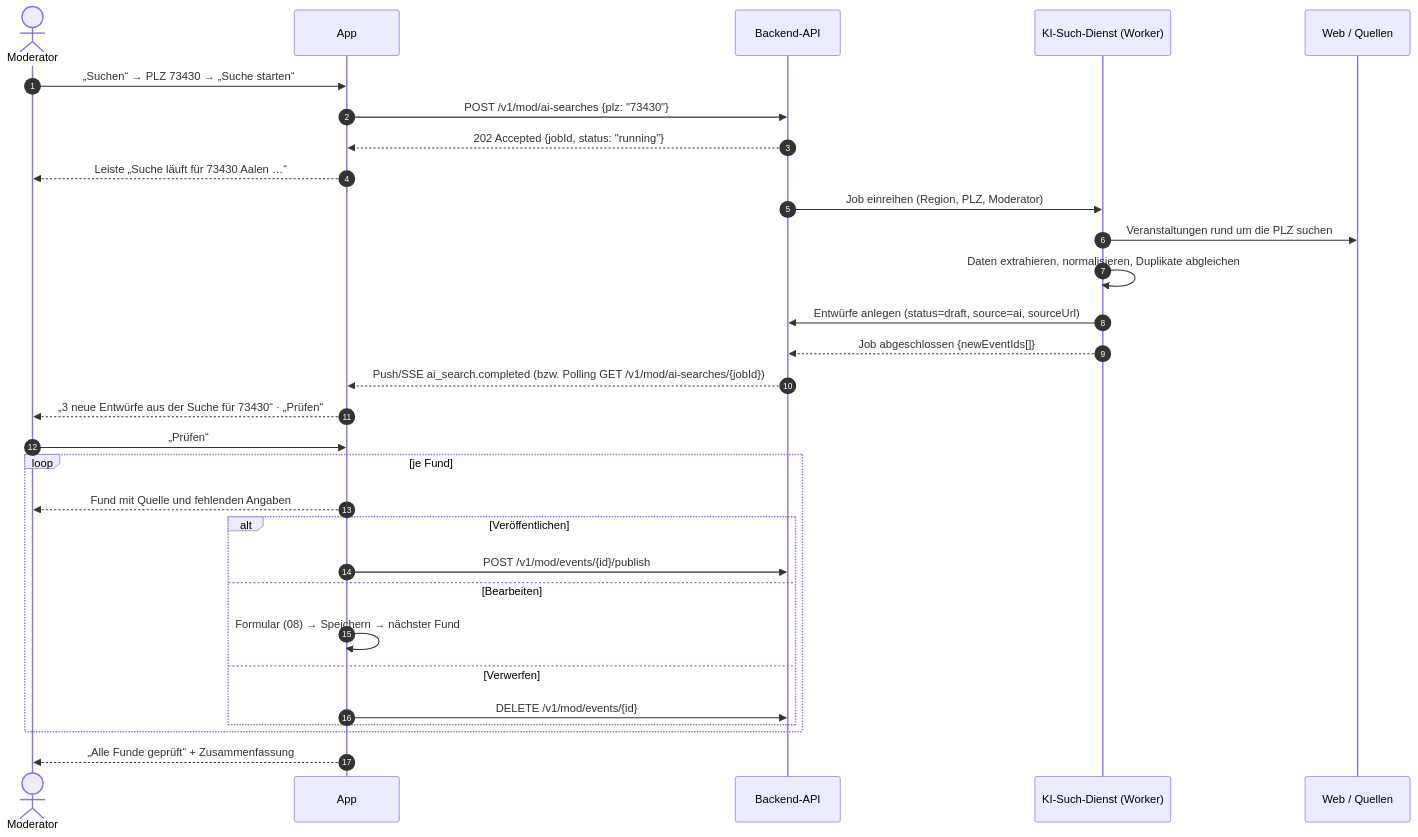
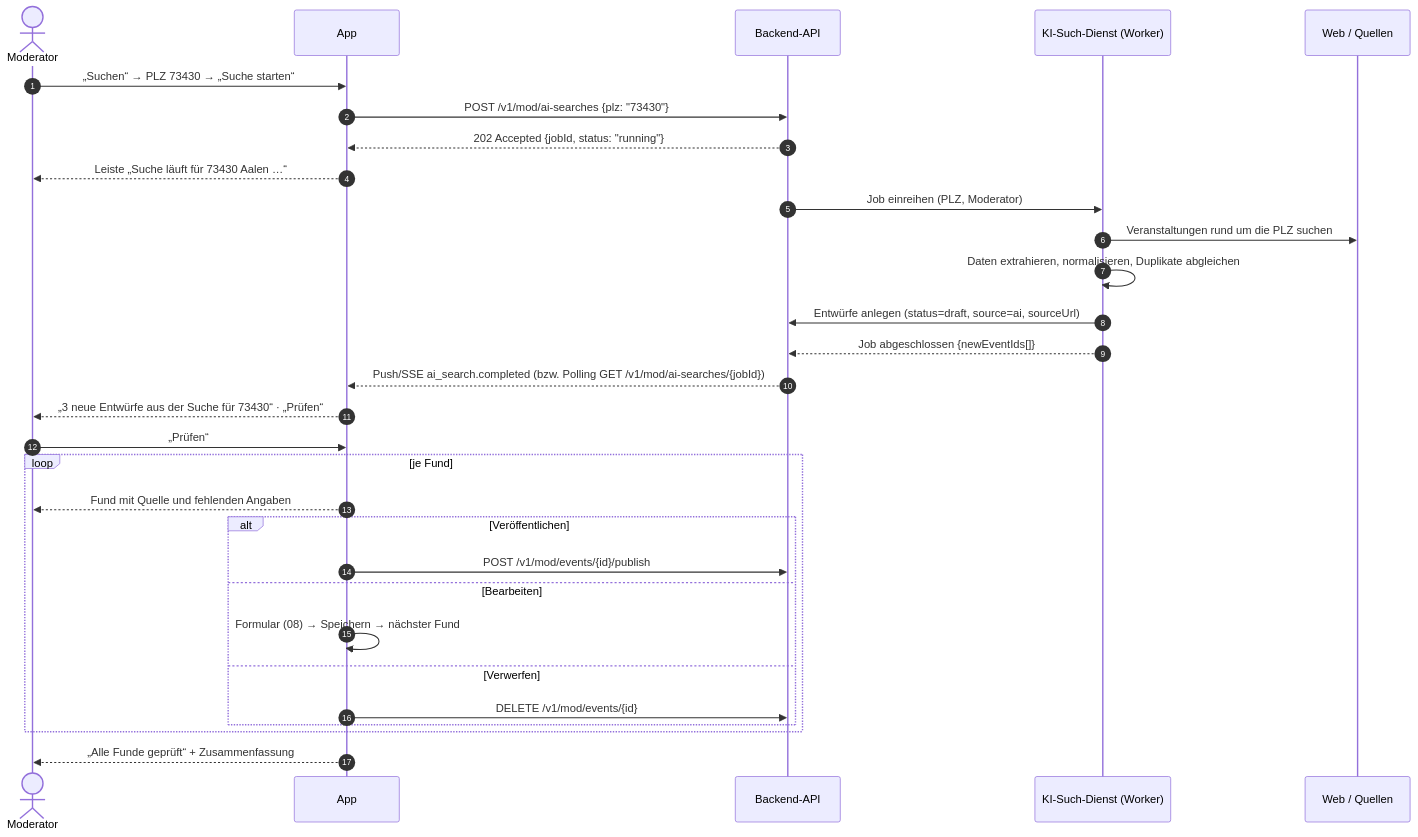
One commit to Harpune/Stadtfest-Finder changed the diagram in 00-docs/15-design/workflows/09-moderation-ki-suche.md. Above: the diagram before and after it, drawn with Mermaid. The commit also changed other lines of this file and 30 other files, not shown here.

````diff
--- a/00-docs/15-design/workflows/09-moderation-ki-suche.md
+++ b/00-docs/15-design/workflows/09-moderation-ki-suche.md
@@ -23,32 +23,32 @@
 ```mermaid
 sequenceDiagram
   autonumber
   actor Mod as Moderator
   participant App
   participant API as Backend-API
   participant Job as KI-Such-Dienst (Worker)
   participant Web as Web / Quellen
   Mod->>App: „Suchen“ → PLZ 73430 → „Suche starten“
   App->>API: POST /v1/mod/ai-searches {plz: "73430"}
   API-->>App: 202 Accepted {jobId, status: "running"}
   App-->>Mod: Leiste „Suche läuft für 73430 Aalen …“
-  API->>Job: Job einreihen (Region, PLZ, Moderator)
+  API->>Job: Job einreihen (PLZ, Moderator)
   Job->>Web: Veranstaltungen rund um die PLZ suchen
   Job->>Job: Daten extrahieren, normalisieren, Duplikate abgleichen
   Job->>API: Entwürfe anlegen (status=draft, source=ai, sourceUrl)
   Job-->>API: Job abgeschlossen {newEventIds[]}
   API-->>App: Push/SSE ai_search.completed (bzw. Polling GET /v1/mod/ai-searches/{jobId})
   App-->>Mod: „3 neue Entwürfe aus der Suche für 73430“ · „Prüfen“
   Mod->>App: „Prüfen“
   loop je Fund
     App-->>Mod: Fund mit Quelle und fehlenden Angaben
     alt Veröffentlichen
       App->>API: POST /v1/mod/events/{id}/publish
     else Bearbeiten
       App->>App: Formular (08) → Speichern → nächster Fund
     else Verwerfen
       App->>API: DELETE /v1/mod/events/{id}
     end
   end
   App-->>Mod: „Alle Funde geprüft“ + Zusammenfassung
 ```
````
